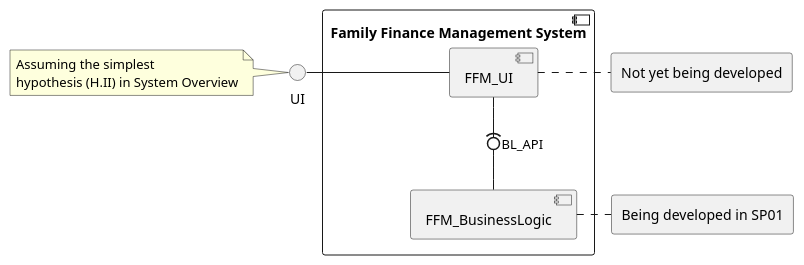
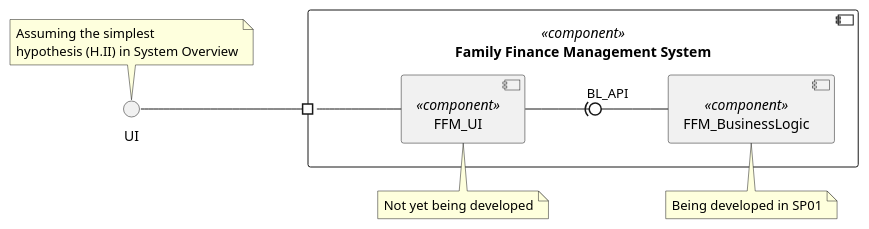
The first of 2 diagrams in docs/sprint1/diagrams/LogicView.md (tomas-osswald/switch_2020_g3), drawn with PlantUML before and after one commit. The commit also changed other lines of this file and 1 other file, not shown here.

Commit message:
Change to DeploymentView.md and LogicView.md

````diff
--- a/docs/sprint1/diagrams/LogicView.md
+++ b/docs/sprint1/diagrams/LogicView.md
@@ -5,22 +5,21 @@
 ```puml
-component "Family Finance Management System" {
-   component "FFM_UI" {
+left to right direction
+component "Family Finance Management System" as FFMS <<component>> {
+   component "FFM_UI" <<component>> {
    }
-   component "FFM_BusinessLogic" {
+   component "FFM_BusinessLogic" <<component>>  {
    }
 }
 () "UI" as UI
 
-rectangle a [
-Not yet being developed
-]
-rectangle b [
-Being developed in SP01
-]
+note "Not yet being developed" as a
+note "Being developed in SP01" as b
+note "Assuming the simplest \nhypothesis (H.II) in System Overview" as c
 
-note left of UI : Assuming the simplest \nhypothesis (H.II) in System Overview
-UI - "FFM_UI"
+c .right. UI
+UI --# FFMS
+FFMS -- "FFM_UI"
 "FFM_UI" -(0- "FFM_BusinessLogic" : BL_API
-"FFM_UI" -[dashed] a
-"FFM_BusinessLogic" -[dashed] b
+"FFM_UI" .left. a
+"FFM_BusinessLogic" .left. b
 ```
````
